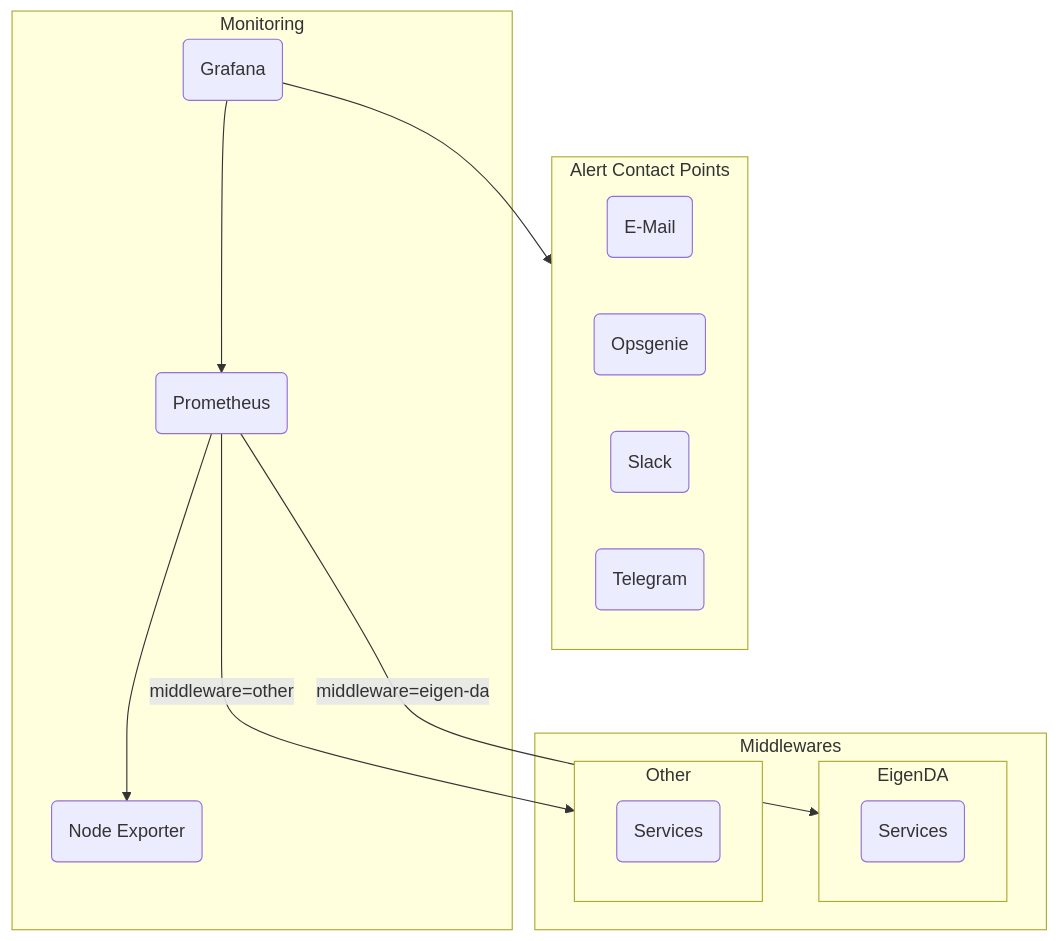
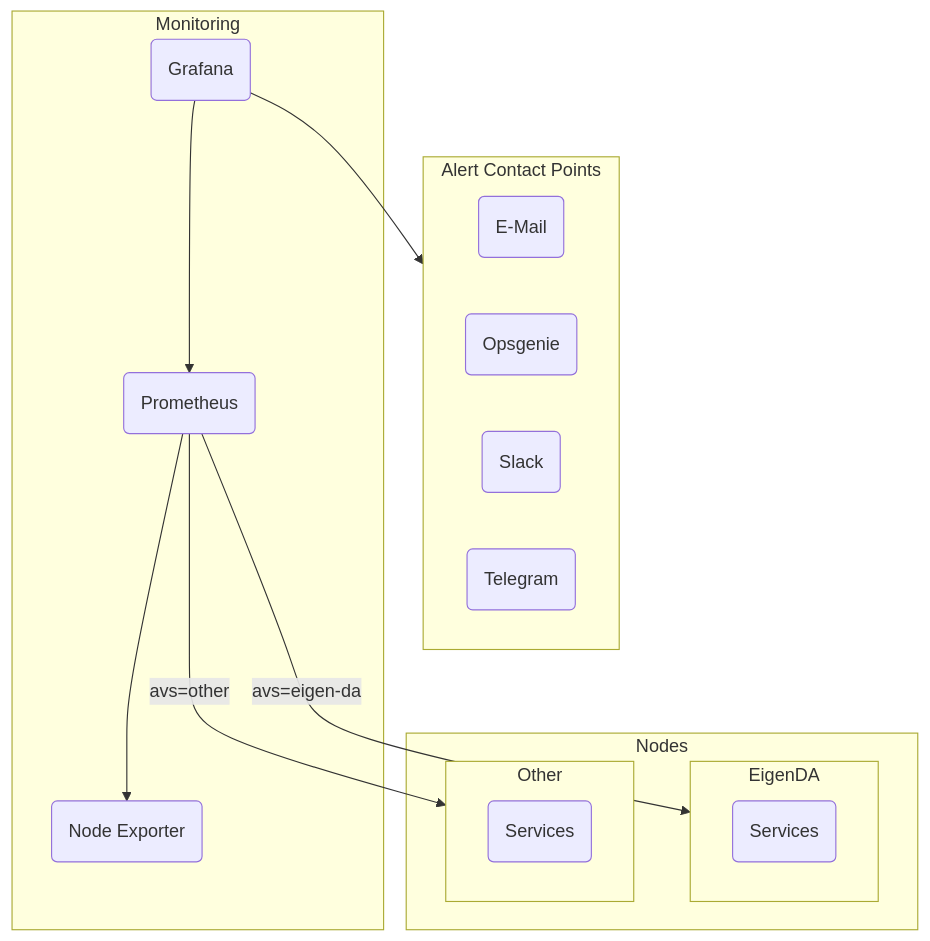
Before and after one commit to NethermindEth/el-node-spec: the diagram in docs/docs/monitoring/intro.md, drawn with Mermaid. The commit also changed other lines of this file and 29 other files, not shown here.

````diff
--- a/docs/docs/monitoring/intro.md
+++ b/docs/docs/monitoring/intro.md
@@ -12,32 +12,32 @@
 ```mermaid
 flowchart
 
 subgraph alert-contacts [Alert Contact Points]
 email(E-Mail)
 opsgenie(Opsgenie)
 slack(Slack)
 telegram(Telegram)
 end
 
 subgraph monitoring [Monitoring]
 grafana(Grafana)
 node_exporter(Node Exporter)
 prom(Prometheus)
 end
 
-subgraph middlewares [Middlewares]
+subgraph middlewares [Nodes]
 subgraph compose_1 [EigenDA]
 services_1(Services)
 end
 
 subgraph compose_2 [Other]
 services_2(Services)
 end
 end
 
 grafana --> prom
 grafana --> alert-contacts
 prom --> node_exporter
-prom --> |middleware=eigen-da| compose_1
-prom --> |middleware=other| compose_2
+prom --> |avs=eigen-da| compose_1
+prom --> |avs=other| compose_2
 ```
````
